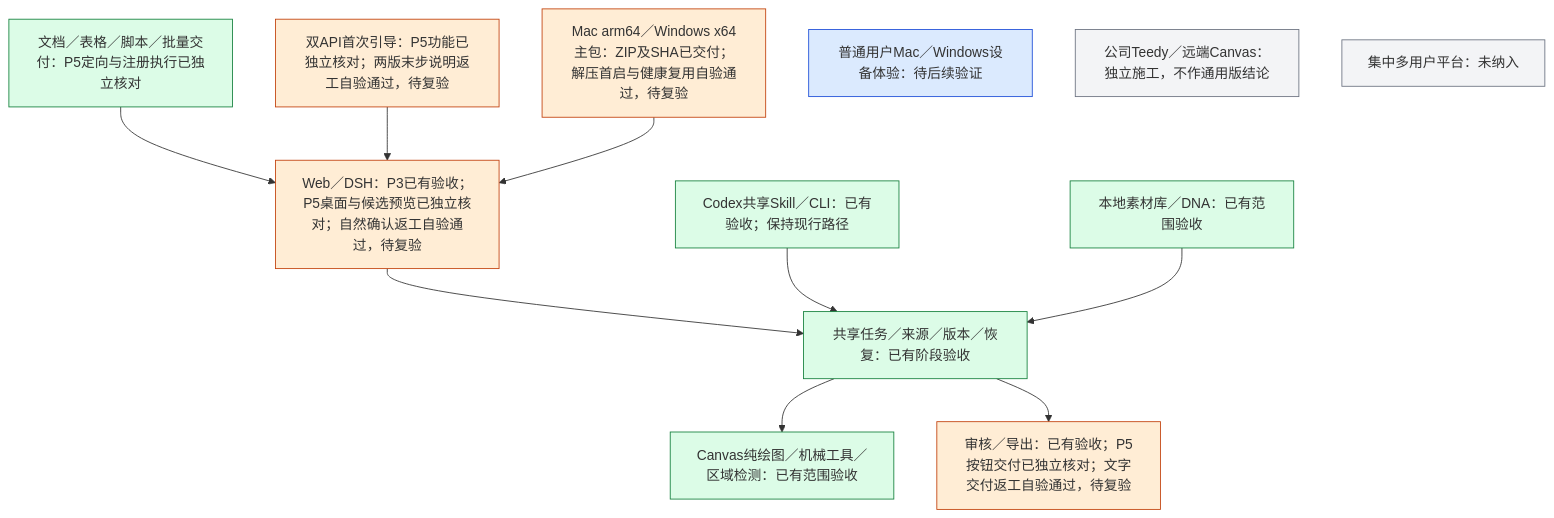
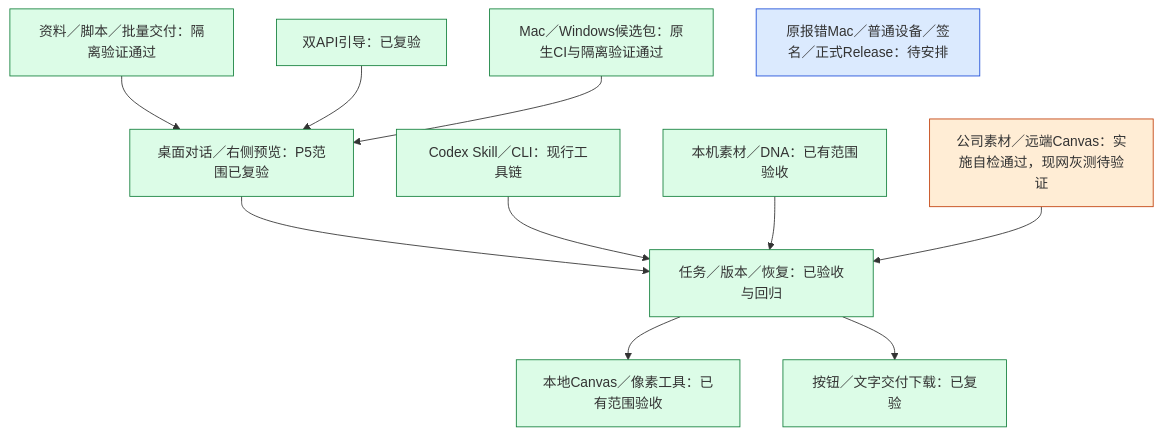
One commit to akechi0819-lgtm/creative-Agent-studio changed the diagram in docs/工程进度.md. Above: the diagram before and after it, drawn with Mermaid. The commit also changed other lines of this file and 24 other files, not shown here.

````diff
--- a/docs/工程进度.md
+++ b/docs/工程进度.md
@@ -9,22 +17,19 @@
 ```mermaid
 flowchart TB
-    WEB["Web／DSH：P3已有验收；P5桌面与候选预览已独立核对；自然确认返工自验通过，待复验"] --> CORE["共享任务／来源／版本／恢复：已有阶段验收"]
-    CODEX["Codex共享Skill／CLI：已有验收；保持现行路径"] --> CORE
-    LIB["本地素材库／DNA：已有范围验收"] --> CORE
-    CORE --> CANVAS["Canvas纯绘图／机械工具／区域检测：已有范围验收"]
-    CORE --> EXPORT["审核／导出：已有验收；P5按钮交付已独立核对；文字交付返工自验通过，待复验"]
-    TOOLS["文档／表格／脚本／批量交付：P5定向与注册执行已独立核对"] --> WEB
-    SETUP["双API首次引导：P5功能已独立核对；两版末步说明返工自验通过，待复验"] --> WEB
-    DIST["Mac arm64／Windows x64主包：ZIP及SHA已交付；解压首启与健康复用自验通过，待复验"] --> WEB
-    NEXT["普通用户Mac／Windows设备体验：待后续验证"]
-    COMPANY["公司Teedy／远端Canvas：独立施工，不作通用版结论"]
-    FUTURE["集中多用户平台：未纳入"]
+    WEB["桌面对话／右侧预览：P5范围已复验"] --> CORE["任务／版本／恢复：已验收与回归"]
+    CLI["Codex Skill／CLI：现行工具链"] --> CORE
+    LIB["本机素材／DNA：已有范围验收"] --> CORE
+    TOOLS["资料／脚本／批量交付：隔离验证通过"] --> WEB
+    GUIDE["双API引导：已复验"] --> WEB
+    CORE --> CANVAS["本地Canvas／像素工具：已有范围验收"]
+    CORE --> EXPORT["按钮／文字交付下载：已复验"]
+    DIST["Mac／Windows候选包：原生CI与隔离验证通过"] --> WEB
+    COMPANY["公司素材／远端Canvas：实施自检通过，现网灰测待验证"] --> CORE
+    NEXT["原报错Mac／普通设备／签名／正式Release：待安排"]
     classDef done fill:#dcfce7,stroke:#15803d;
     classDef current fill:#ffedd5,stroke:#c2410c;
     classDef next fill:#dbeafe,stroke:#1d4ed8;
-    classDef later fill:#f3f4f6,stroke:#6b7280;
-    class CORE,CODEX,LIB,CANVAS,TOOLS done;
-    class WEB,EXPORT,SETUP,DIST current;
+    class WEB,CLI,LIB,TOOLS,GUIDE,CORE,CANVAS,EXPORT,DIST done;
+    class COMPANY current;
     class NEXT next;
-    class COMPANY,FUTURE later;
 ```
````
